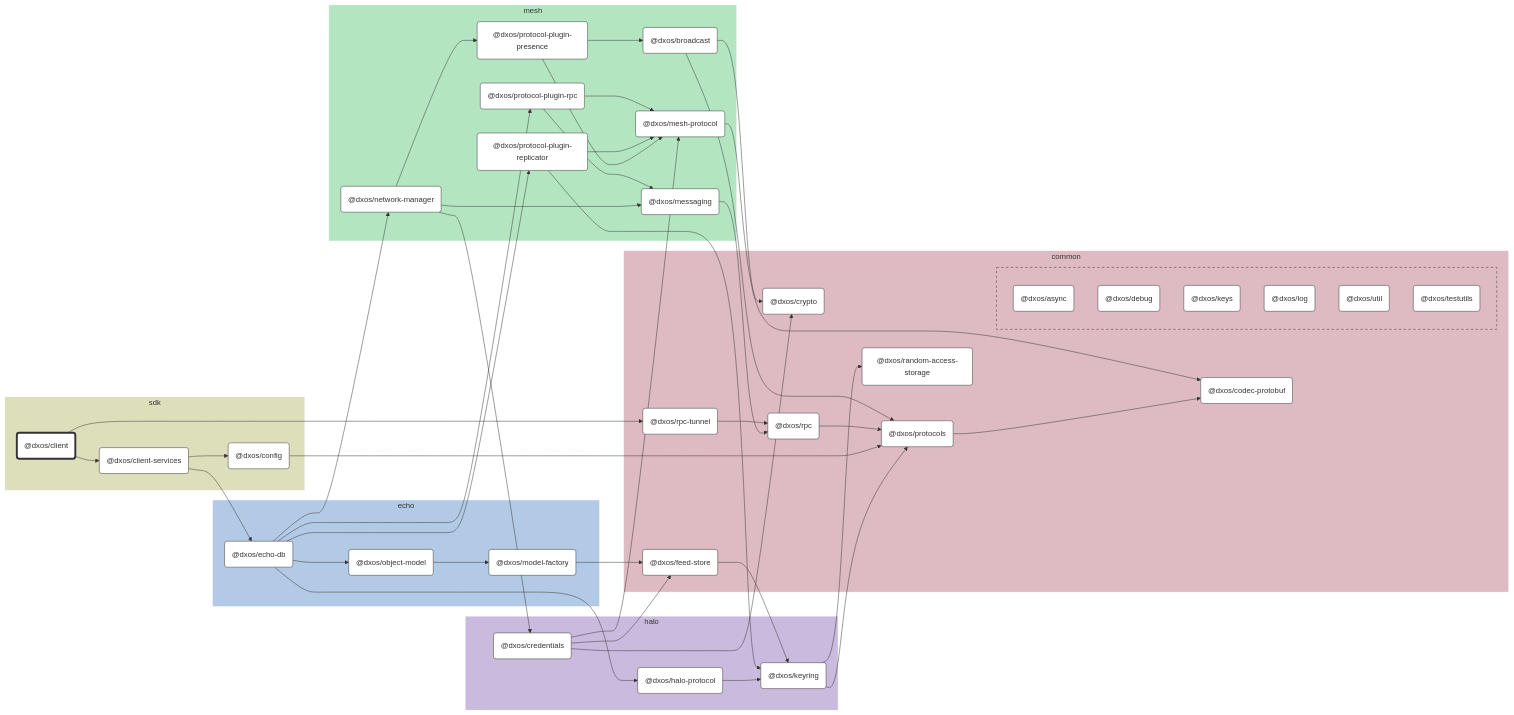
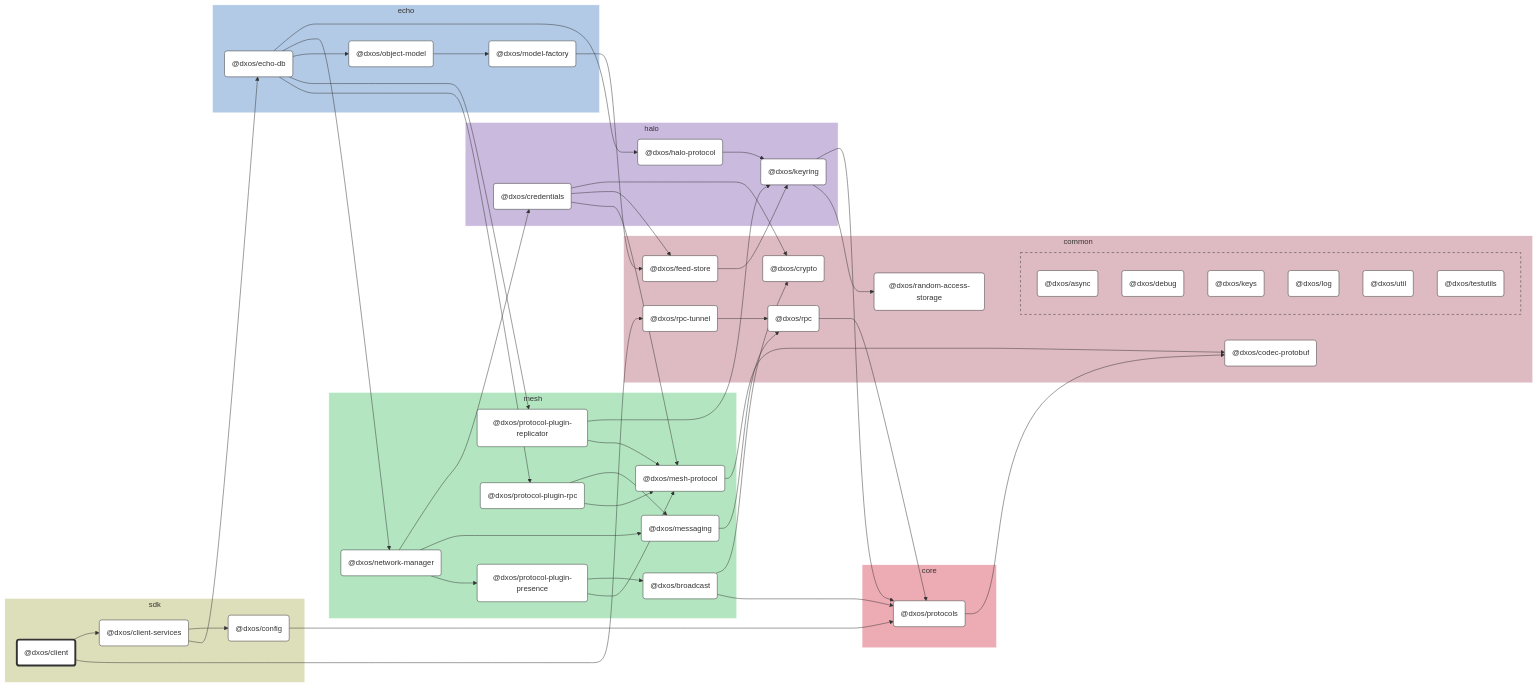
The diagram in packages/sdk/client/docs/README.md (dxos/dxos), drawn with Mermaid before and after one commit. The commit also changed other lines of this file and 1339 other files, not shown here.

```diff
--- a/packages/sdk/client/docs/README.md
+++ b/packages/sdk/client/docs/README.md
@@ -33,8 +33,6 @@
   click dxos/crypto "dxos/dxos/tree/main/packages/common/crypto/docs"
   dxos/feed-store("@dxos/feed-store"):::def
   click dxos/feed-store "dxos/dxos/tree/main/packages/common/feed-store/docs"
-  dxos/protocols("@dxos/protocols"):::def
-  click dxos/protocols "dxos/dxos/tree/main/packages/common/protocols/docs"
   dxos/random-access-storage("@dxos/random-access-storage"):::def
   click dxos/random-access-storage "dxos/dxos/tree/main/packages/common/random-access-storage/docs"
   dxos/rpc("@dxos/rpc"):::def
@@ -62,39 +60,45 @@
 subgraph halo [halo]
   style halo fill:#cabade,stroke:#fff
   dxos/credentials("@dxos/credentials"):::def
-  click dxos/credentials "dxos/dxos/tree/main/packages/halo/credentials/docs"
+  click dxos/credentials "dxos/dxos/tree/main/packages/core/halo/credentials/docs"
   dxos/keyring("@dxos/keyring"):::def
-  click dxos/keyring "dxos/dxos/tree/main/packages/halo/keyring/docs"
+  click dxos/keyring "dxos/dxos/tree/main/packages/core/halo/keyring/docs"
   dxos/halo-protocol("@dxos/halo-protocol"):::def
-  click dxos/halo-protocol "dxos/dxos/tree/main/packages/halo/halo-protocol/docs"
+  click dxos/halo-protocol "dxos/dxos/tree/main/packages/core/halo/halo-protocol/docs"
+end
+
+subgraph core [core]
+  style core fill:#edabb3,stroke:#fff
+  dxos/protocols("@dxos/protocols"):::def
+  click dxos/protocols "dxos/dxos/tree/main/packages/core/protocols/docs"
 end
 
 subgraph mesh [mesh]
   style mesh fill:#b3e6c0,stroke:#fff
   dxos/mesh-protocol("@dxos/mesh-protocol"):::def
-  click dxos/mesh-protocol "dxos/dxos/tree/main/packages/mesh/mesh-protocol/docs"
+  click dxos/mesh-protocol "dxos/dxos/tree/main/packages/core/mesh/mesh-protocol/docs"
   dxos/messaging("@dxos/messaging"):::def
-  click dxos/messaging "dxos/dxos/tree/main/packages/mesh/messaging/docs"
+  click dxos/messaging "dxos/dxos/tree/main/packages/core/mesh/messaging/docs"
   dxos/network-manager("@dxos/network-manager"):::def
-  click dxos/network-manager "dxos/dxos/tree/main/packages/mesh/network-manager/docs"
+  click dxos/network-manager "dxos/dxos/tree/main/packages/core/mesh/network-manager/docs"
   dxos/protocol-plugin-presence("@dxos/protocol-plugin-presence"):::def
-  click dxos/protocol-plugin-presence "dxos/dxos/tree/main/packages/mesh/protocol-plugin-presence/docs"
+  click dxos/protocol-plugin-presence "dxos/dxos/tree/main/packages/core/mesh/protocol-plugin-presence/docs"
   dxos/broadcast("@dxos/broadcast"):::def
-  click dxos/broadcast "dxos/dxos/tree/main/packages/mesh/broadcast/docs"
+  click dxos/broadcast "dxos/dxos/tree/main/packages/core/mesh/broadcast/docs"
   dxos/protocol-plugin-replicator("@dxos/protocol-plugin-replicator"):::def
-  click dxos/protocol-plugin-replicator "dxos/dxos/tree/main/packages/mesh/protocol-plugin-replicator/docs"
+  click dxos/protocol-plugin-replicator "dxos/dxos/tree/main/packages/core/mesh/protocol-plugin-replicator/docs"
   dxos/protocol-plugin-rpc("@dxos/protocol-plugin-rpc"):::def
-  click dxos/protocol-plugin-rpc "dxos/dxos/tree/main/packages/mesh/protocol-plugin-rpc/docs"
+  click dxos/protocol-plugin-rpc "dxos/dxos/tree/main/packages/core/mesh/protocol-plugin-rpc/docs"
 end
 
 subgraph echo [echo]
   style echo fill:#b3cae6,stroke:#fff
   dxos/echo-db("@dxos/echo-db"):::def
-  click dxos/echo-db "dxos/dxos/tree/main/packages/echo/echo-db/docs"
+  click dxos/echo-db "dxos/dxos/tree/main/packages/core/echo/echo-db/docs"
   dxos/model-factory("@dxos/model-factory"):::def
-  click dxos/model-factory "dxos/dxos/tree/main/packages/echo/model-factory/docs"
+  click dxos/model-factory "dxos/dxos/tree/main/packages/core/echo/model-factory/docs"
   dxos/object-model("@dxos/object-model"):::def
-  click dxos/object-model "dxos/dxos/tree/main/packages/echo/object-model/docs"
+  click dxos/object-model "dxos/dxos/tree/main/packages/core/echo/object-model/docs"
 end
 
 %% Links
```
